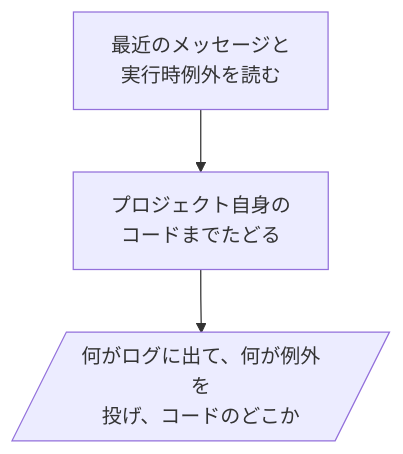
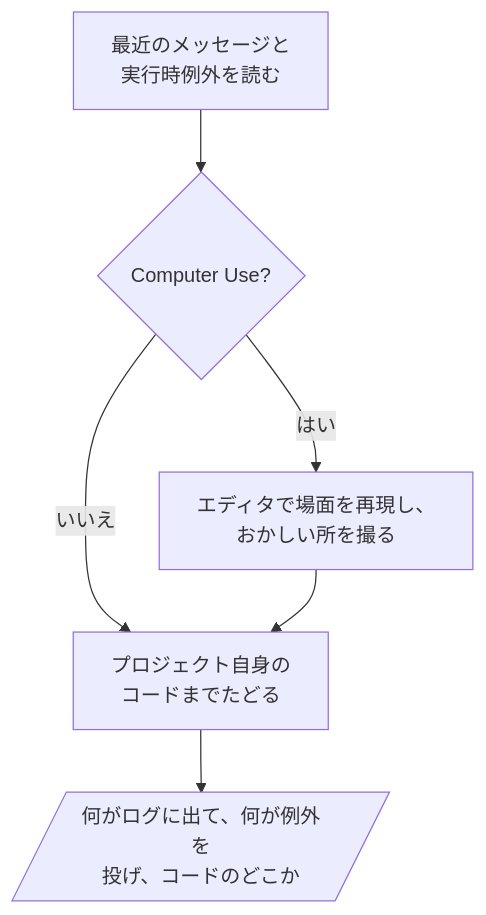
Before and after one commit to omni-stove/skill-kit: the diagram in domains/game/skills/logs/README.ja.md, drawn with Mermaid. The commit also changed 23 other files, not shown here.

````diff
--- a/domains/game/skills/logs/README.ja.md
+++ b/domains/game/skills/logs/README.ja.md
@@ -3,6 +3,9 @@
 ```mermaid
 flowchart TD
   read[最近のメッセージと<br/>実行時例外を読む]
-  read --> trace[プロジェクト自身の<br/>コードまでたどる]
+  read --> cu{Computer Use?}
+  cu -- "はい" --> repro[エディタで場面を再現し、<br/>おかしい所を撮る]
+  cu -- "いいえ" --> trace
+  repro --> trace[プロジェクト自身の<br/>コードまでたどる]
   trace --> report[/"何がログに出て、何が例外を<br/>投げ、コードのどこか"/]
 ```
````
